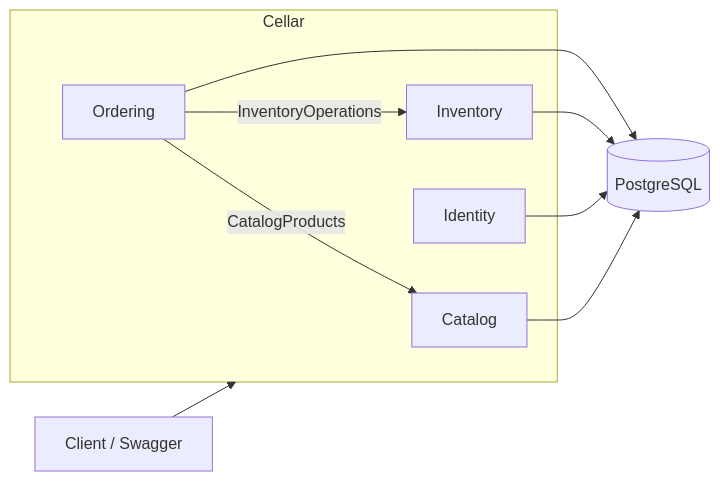
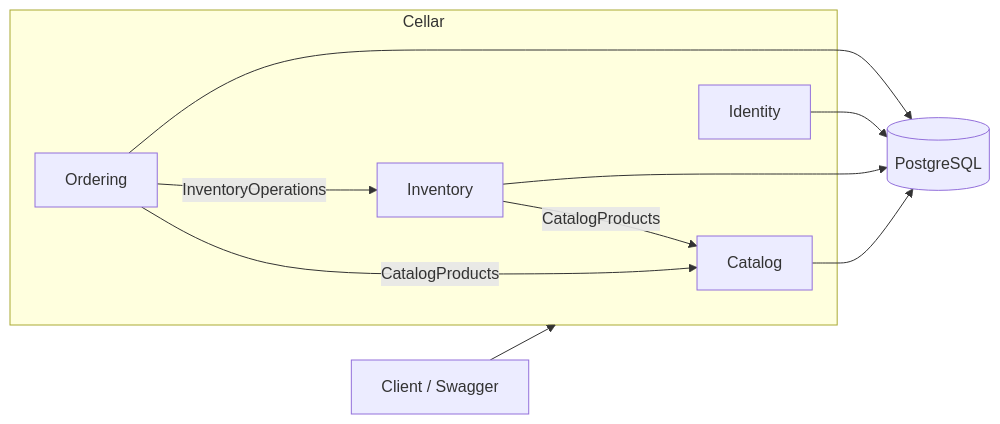
Before and after one commit to mjodheim/Cellar: the first of 2 diagrams in docs/ARCHITECTURE.md, drawn with Mermaid. The commit also changed other lines of this file and 62 other files, not shown here.

````diff
--- a/docs/ARCHITECTURE.md
+++ b/docs/ARCHITECTURE.md
@@ -33,22 +33,23 @@
 ```mermaid
 flowchart LR
     CLIENT[Client / Swagger]
 
     subgraph CELLAR[Cellar]
         C[Catalog]
         I[Inventory]
         O[Ordering]
         ID[Identity]
 
         O -->|CatalogProducts| C
         O -->|InventoryOperations| I
+        I -->|CatalogProducts| C
     end
 
     DB[(PostgreSQL)]
 
     CLIENT --> CELLAR
     C --> DB
     I --> DB
     O --> DB
     ID --> DB
 ```
````
